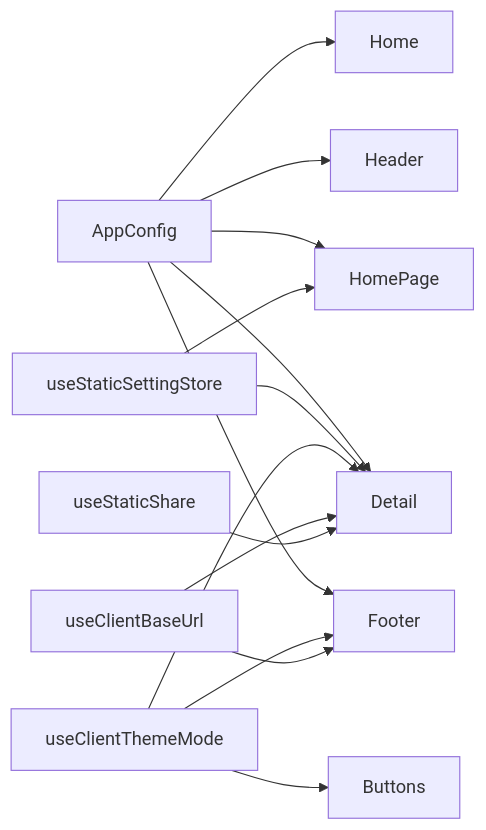
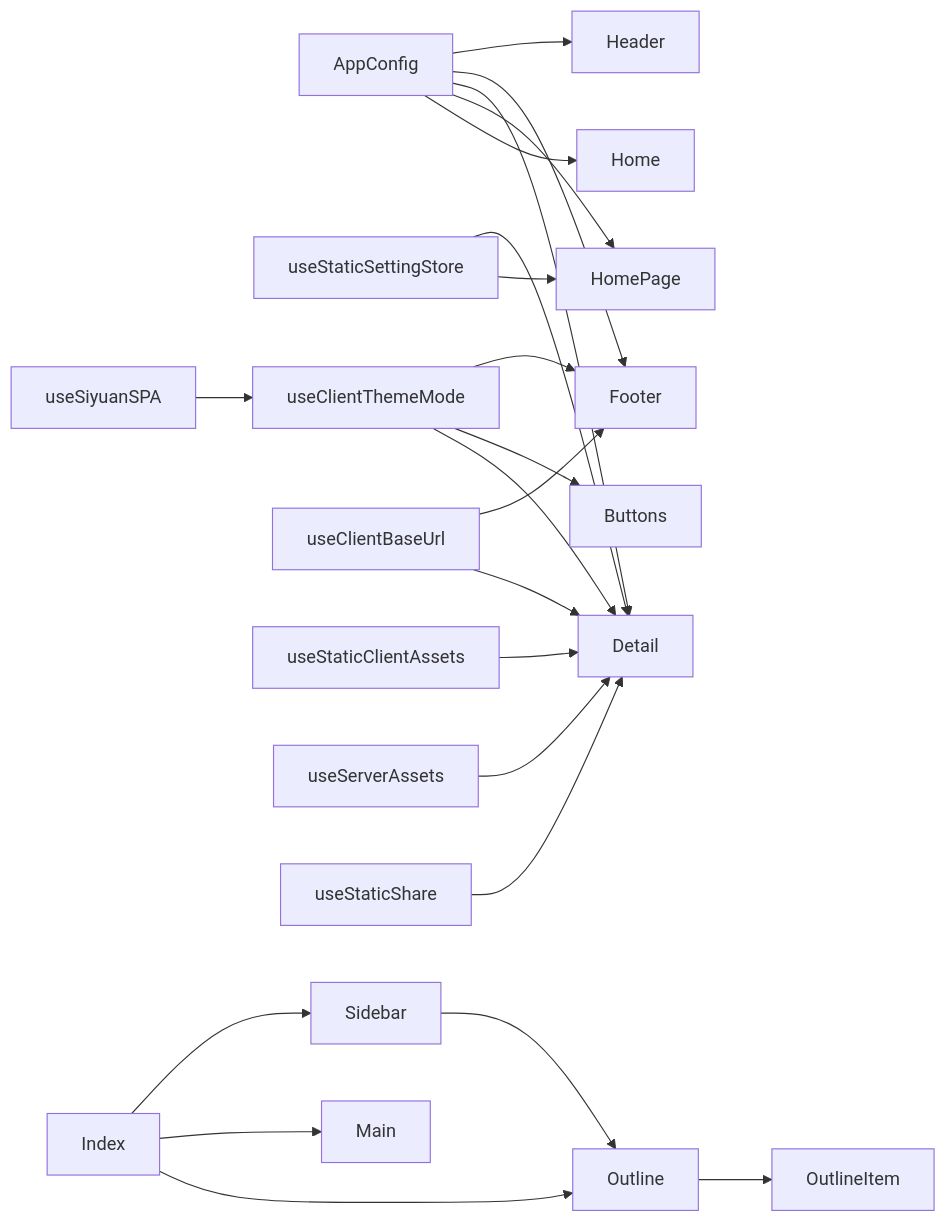
Before and after one commit to terwer/siyuan-plugin-blog: the fourth of 4 diagrams in .qoder/repowiki/zh/content/核心功能/UI 组件系统/静态组件.md, drawn with Mermaid. The commit also changed other lines of this file and 6 other files, not shown here.

````diff
--- a/.qoder/repowiki/zh/content/核心功能/UI 组件系统/静态组件.md
+++ b/.qoder/repowiki/zh/content/核心功能/UI 组件系统/静态组件.md
@@ -337,16 +500,24 @@
 ```mermaid
 graph LR
 AppConfig["AppConfig"] --> Header
 AppConfig --> Footer
 AppConfig --> Detail
 AppConfig --> HomePage
 AppConfig --> Home
 Store["useStaticSettingStore"] --> Detail
 Store --> HomePage
 Theme["useClientThemeMode"] --> Footer
 Theme --> Buttons
 Theme --> Detail
 Base["useClientBaseUrl"] --> Footer
 Base --> Detail
+ClientAssets["useStaticClientAssets"] --> Detail
+ServerAssets["useServerAssets"] --> Detail
+SiyuanSPA["useSiyuanSPA"] --> Theme
 Share["useStaticShare"] --> Detail
+Sidebar --> Outline
+Outline --> OutlineItem
+Index --> Sidebar
+Index --> Main
+Index --> Outline
 ```
````
